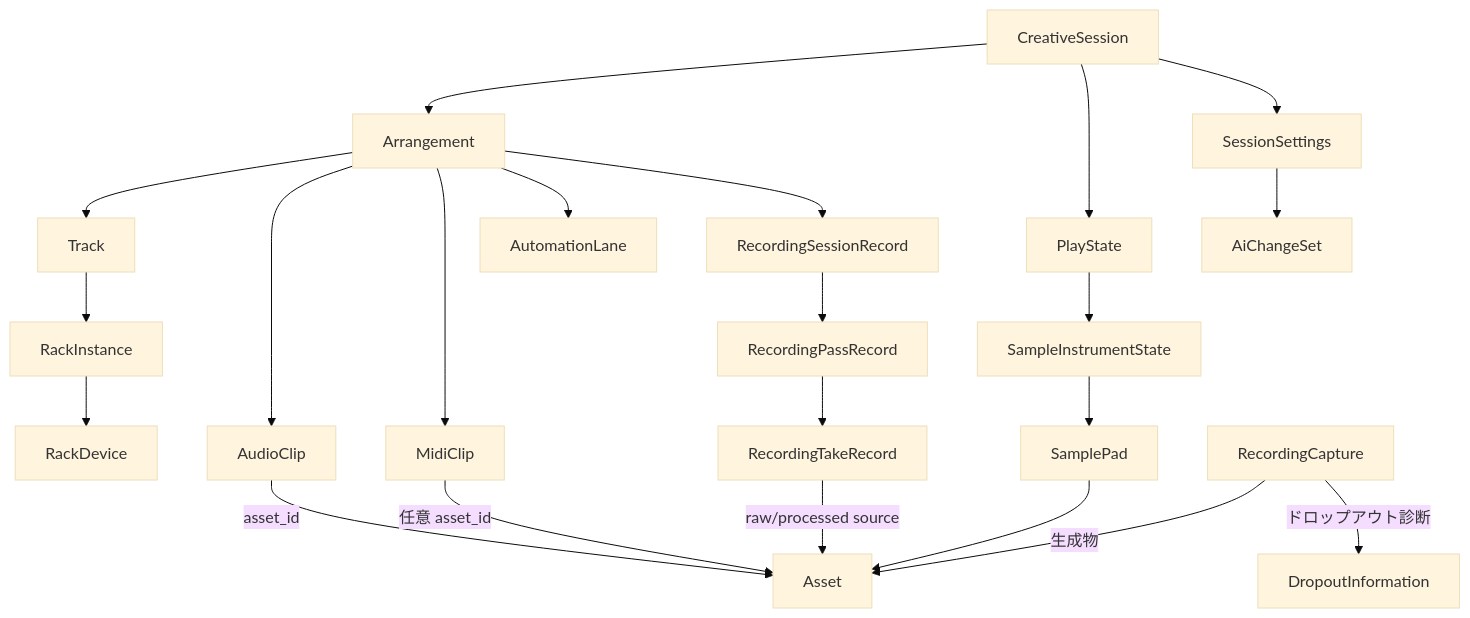
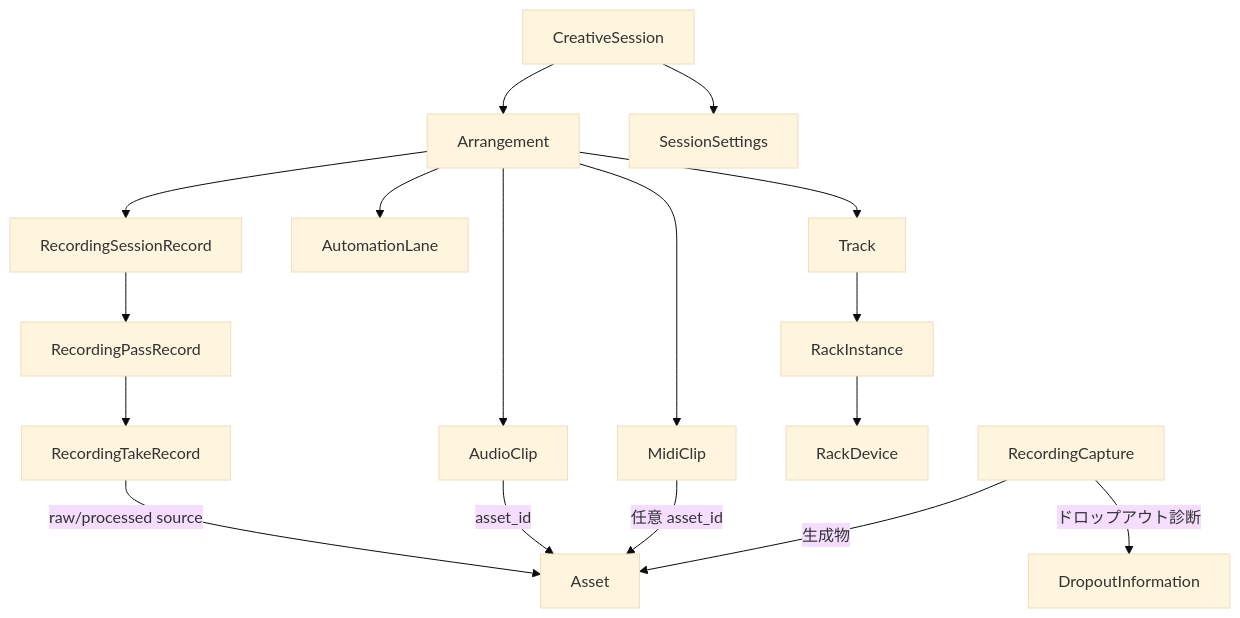
One commit to endo-ly/riffra changed the diagram in docs/data-model.md. Above: the diagram before and after it, drawn with Mermaid (base theme). The commit also changed other lines of this file and 116 other files, not shown here.

````diff
--- a/docs/data-model.md
+++ b/docs/data-model.md
@@ -141,24 +124,19 @@
 ```mermaid
 flowchart TD
     CS[CreativeSession] --> AR[Arrangement]
     AR --> TR[Track]
     AR --> AC[AudioClip]
     AR --> MC[MidiClip]
     AR --> AU[AutomationLane]
     AR --> RS[RecordingSessionRecord]
     RS --> RP[RecordingPassRecord]
     RP --> RT[RecordingTakeRecord]
     RT -->|raw/processed source| AS[Asset]
     AC -->|asset_id| AS
     MC -->|任意 asset_id| AS
     TR --> RI[RackInstance]
     RI --> RD[RackDevice]
-    CS --> PS[PlayState]
-    PS --> SI[SampleInstrumentState]
-    SI --> SP[SamplePad]
-    SP --> AS
     CS --> SE[SessionSettings]
-    SE --> AI[AiChangeSet]
     RC[RecordingCapture] -->|生成物| AS
     RC -->|ドロップアウト診断| DI[DropoutInformation]
 ```
````
